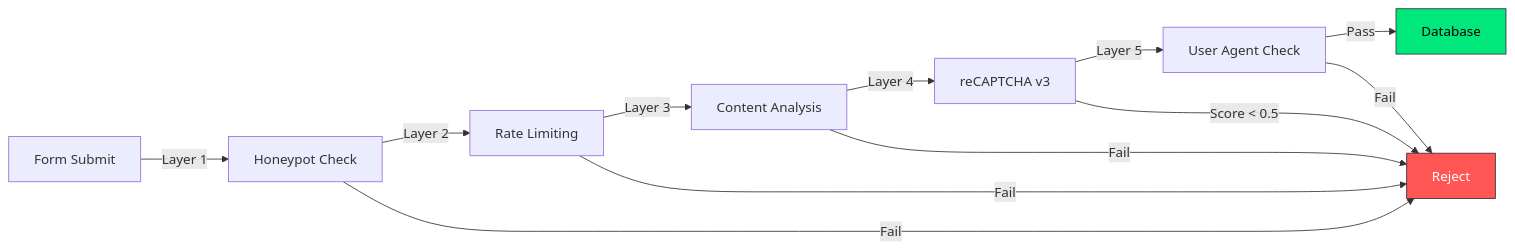
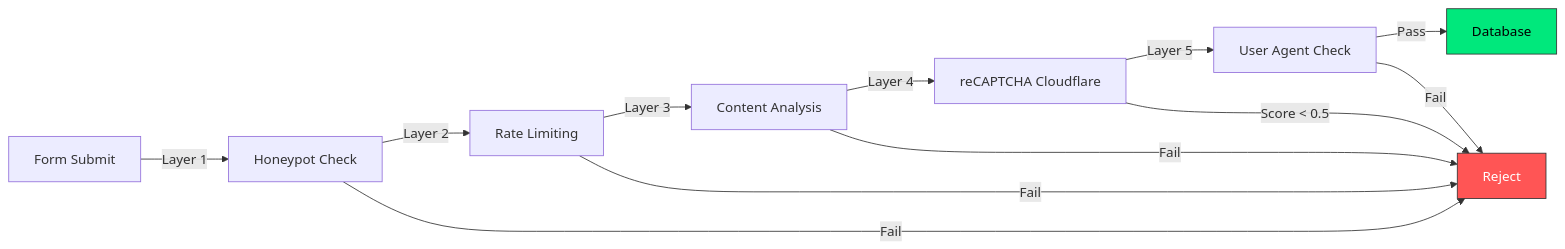
The fourth of 5 diagrams in README.md (argenisdev692/aquashield-web), drawn with Mermaid before and after one commit. The commit also changed other lines of this file and 77 other files, not shown here.

````diff
--- a/README.md
+++ b/README.md
@@ -739,18 +739,18 @@
 ```mermaid
 graph LR
     A[Form Submit] -->|Layer 1| B[Honeypot Check]
     B -->|Layer 2| C[Rate Limiting]
     C -->|Layer 3| D[Content Analysis]
-    D -->|Layer 4| E[reCAPTCHA v3]
+    D -->|Layer 4| E[reCAPTCHA Cloudflare]
     E -->|Layer 5| F[User Agent Check]
     F -->|Pass| G[Database]
     
     B -->|Fail| H[Reject]
     C -->|Fail| H
     D -->|Fail| H
     E -->|Score < 0.5| H
     F -->|Fail| H
 
     style G fill:#00E87C,stroke:#333,color:#000
     style H fill:#FF5555,stroke:#333,color:#fff
 ```
````
